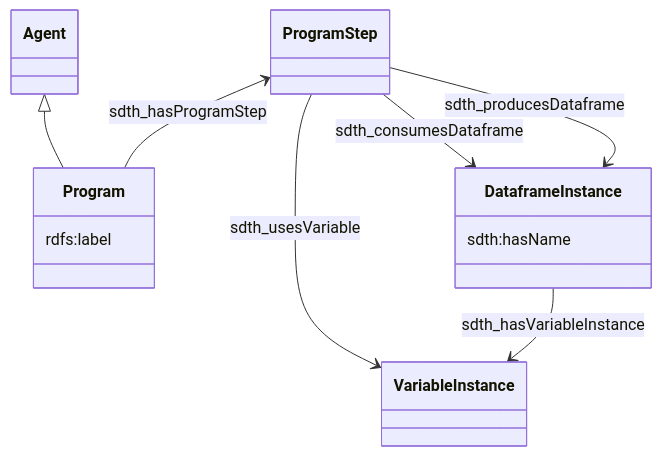
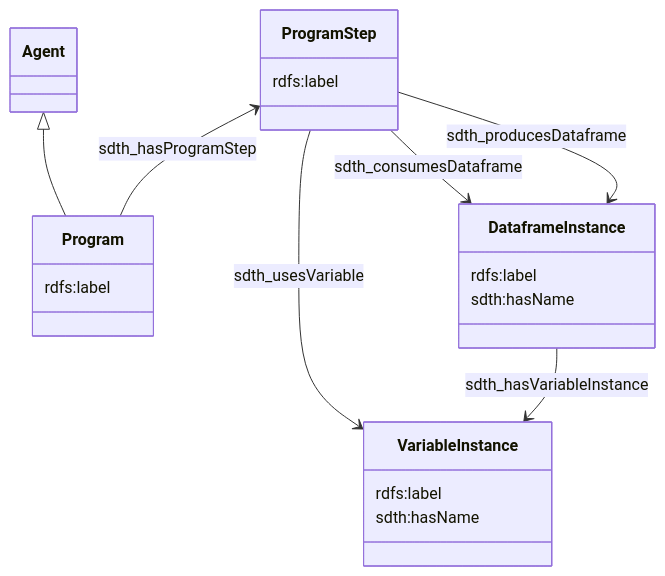
The second of 2 diagrams in vtl-prov/docs/model-v1.md (InseeFr/Trevas), drawn with Mermaid before and after one commit. The commit also changed other lines of this file and 18 other files, not shown here.

````diff
--- a/vtl-prov/docs/model-v1.md
+++ b/vtl-prov/docs/model-v1.md
@@ -44,23 +44,27 @@
 ```mermaid
 classDiagram
   class Agent {
   }
   class Program {
     rdfs:label
   }
   class ProgramStep {
+    rdfs:label
   }
   class VariableInstance {
+    rdfs:label
+    sdth:hasName
   }
   class DataframeInstance {
+    rdfs:label
     sdth:hasName
   }
 
   Agent <|-- Program
   ProgramStep <-- Program : sdth_hasProgramStep
   ProgramStep --> VariableInstance : sdth_usesVariable
   ProgramStep --> DataframeInstance : sdth_consumesDataframe
   ProgramStep --> DataframeInstance : sdth_producesDataframe
   DataframeInstance --> VariableInstance : sdth_hasVariableInstance
 
 ```
````
